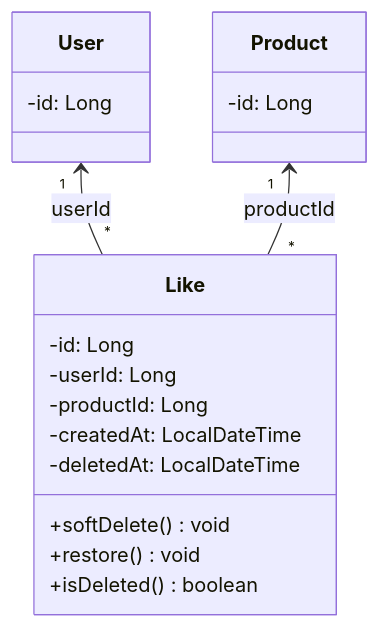
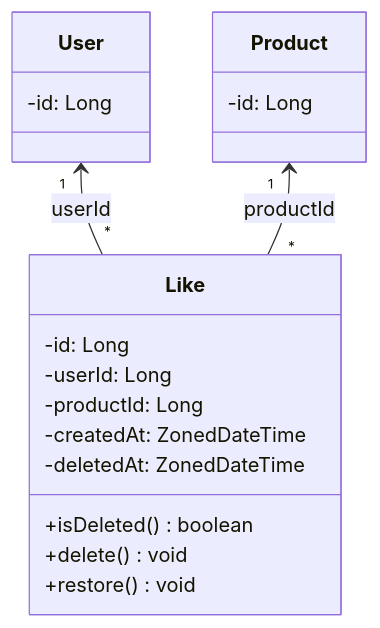
The fifth of 8 diagrams in docs/design/03-class-diagram.md (Loopers-dev-lab/loop-pack-be-l2-vol3-kotlin), drawn with Mermaid before and after one commit. The commit also changed other lines of this file, not shown here.

First line of the commit message:
docs: 클래스 다이어그램을 실제 코드 구조에 맞게 수정

````diff
--- a/docs/design/03-class-diagram.md
+++ b/docs/design/03-class-diagram.md
@@ -206,24 +248,24 @@
 ```mermaid
 classDiagram
     class Like {
         -id: Long
         -userId: Long
         -productId: Long
-        -createdAt: LocalDateTime
-        -deletedAt: LocalDateTime
-        +softDelete() void
+        -createdAt: ZonedDateTime
+        -deletedAt: ZonedDateTime
+        +isDeleted() boolean
+        +delete() void
         +restore() void
-        +isDeleted() boolean
     }
 
     class User {
         -id: Long
     }
 
     class Product {
         -id: Long
     }
 
     User "1" <-- "*" Like : userId
     Product "1" <-- "*" Like : productId
 ```
````
